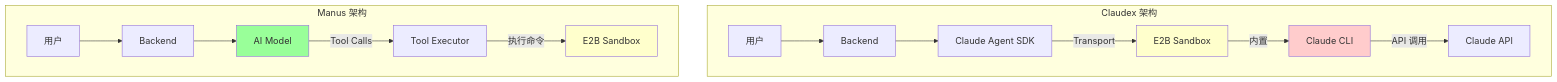
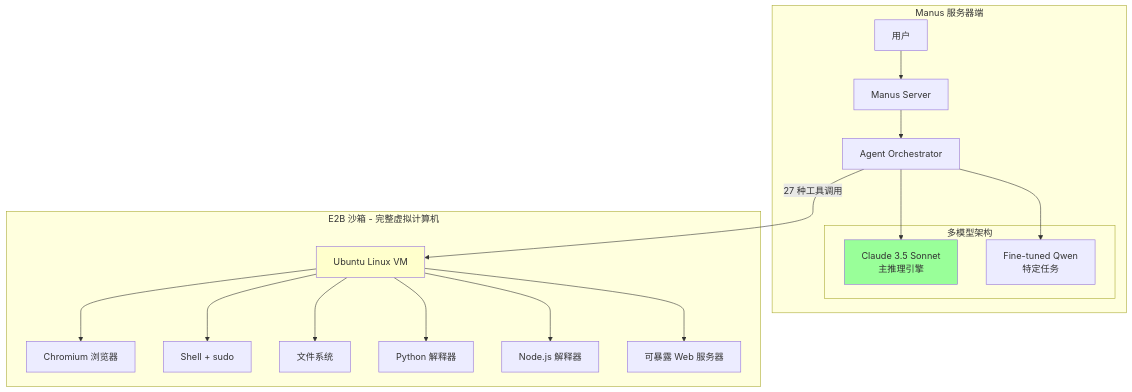
Diagram 17 of 23 in docs/sandbox-lifecycle-analysis.md (yy-dev7/claudex), drawn with Mermaid before and after one commit. The commit also changed other lines of this file, not shown here.

First line of the commit message:
Correct Manus architecture analysis based on research

````diff
--- a/docs/sandbox-lifecycle-analysis.md
+++ b/docs/sandbox-lifecycle-analysis.md
@@ -908,23 +914,36 @@
 ```mermaid
 graph TB
-    subgraph "Claudex 架构"
-        USER1[用户] --> BE1[Backend]
-        BE1 --> SDK1[Claude Agent SDK]
-        SDK1 -->|Transport| SB1[E2B Sandbox]
-        SB1 -->|内置| CLI1[Claude CLI]
-        CLI1 -->|API 调用| CLAUDE1[Claude API]
+    subgraph "Manus 服务器端"
+        USER[用户] --> SERVER[Manus Server]
+        SERVER --> ORCHESTRATOR[Agent Orchestrator]
 
-        style CLI1 fill:#fcc
-        style SB1 fill:#ffc
+        subgraph "多模型架构"
+            CLAUDE[Claude 3.5 Sonnet<br/>主推理引擎]
+            QWEN[Fine-tuned Qwen<br/>特定任务]
+        end
+
+        ORCHESTRATOR --> CLAUDE
+        ORCHESTRATOR --> QWEN
     end
 
-    subgraph "Manus 架构"
-        USER2[用户] --> BE2[Backend]
-        BE2 --> AI2[AI Model]
-        AI2 -->|Tool Calls| TOOL2[Tool Executor]
-        TOOL2 -->|执行命令| SB2[E2B Sandbox]
+    subgraph "E2B 沙箱 - 完整虚拟计算机"
+        VM[Ubuntu Linux VM]
+        BROWSER[Chromium 浏览器]
+        TERMINAL[Shell + sudo]
+        FS[文件系统]
+        PYTHON[Python 解释器]
+        NODEJS[Node.js 解释器]
+        WEBSERVER[可暴露 Web 服务器]
+    end
 
-        style AI2 fill:#9f9
-        style SB2 fill:#ffc
-    end
+    ORCHESTRATOR -->|27 种工具调用| VM
+    VM --> BROWSER
+    VM --> TERMINAL
+    VM --> FS
+    VM --> PYTHON
+    VM --> NODEJS
+    VM --> WEBSERVER
+
+    style CLAUDE fill:#9f9
+    style VM fill:#ffc
 ```
````
